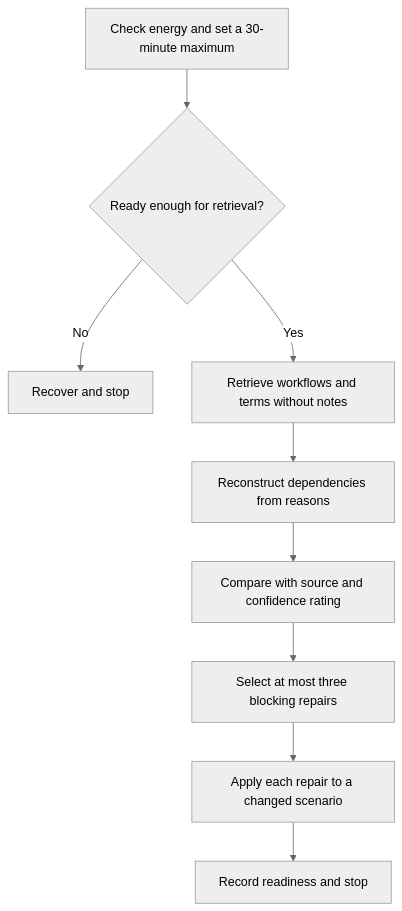
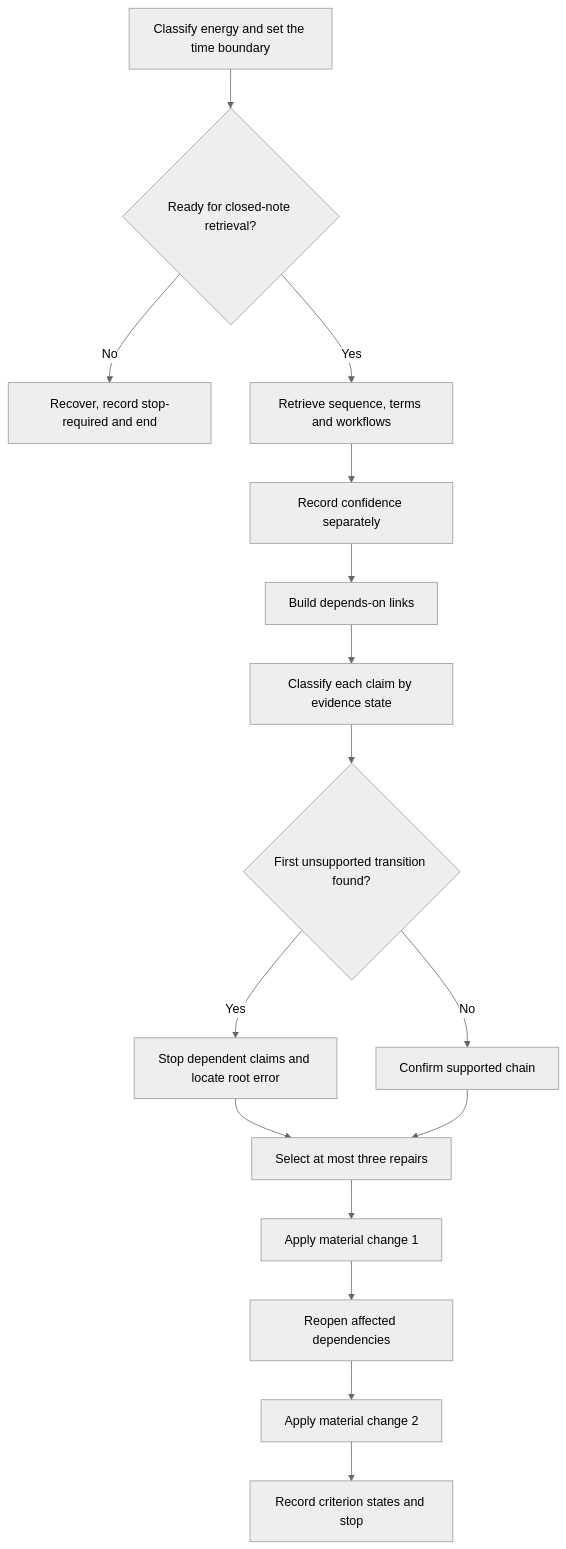
One commit to andrew3stedall/capstone changed the first of 2 diagrams in docs/learning-plans/12-week/modules/day-61-rest-retrieval-and-sequence-reconstruction.md. Above: the diagram before and after it, drawn with Mermaid (neutral theme). The commit also changed other lines of this file and 3 other files, not shown here.

Commit message:
Improve Day 61 sequence reconstruction recovery

````diff
--- a/docs/learning-plans/12-week/modules/day-61-rest-retrieval-and-sequence-reconstruction.md
+++ b/docs/learning-plans/12-week/modules/day-61-rest-retrieval-and-sequence-reconstruction.md
@@ -78,11 +97,18 @@
 ```mermaid
 flowchart TD
-  A[Check energy and set a 30-minute maximum] --> B{Ready enough for retrieval?}
-  B -->|No| C[Recover and stop]
-  B -->|Yes| D[Retrieve workflows and terms without notes]
-  D --> E[Reconstruct dependencies from reasons]
-  E --> F[Compare with source and confidence rating]
-  F --> G[Select at most three blocking repairs]
-  G --> H[Apply each repair to a changed scenario]
-  H --> I[Record readiness and stop]
+  A[Classify energy and set the time boundary] --> B{Ready for closed-note retrieval?}
+  B -->|No| C[Recover, record stop-required and end]
+  B -->|Yes| D[Retrieve sequence, terms and workflows]
+  D --> E[Record confidence separately]
+  E --> F[Build depends-on links]
+  F --> G[Classify each claim by evidence state]
+  G --> H{First unsupported transition found?}
+  H -->|Yes| I[Stop dependent claims and locate root error]
+  H -->|No| J[Confirm supported chain]
+  I --> K[Select at most three repairs]
+  J --> K
+  K --> L[Apply material change 1]
+  L --> M[Reopen affected dependencies]
+  M --> N[Apply material change 2]
+  N --> O[Record criterion states and stop]
 ```
````
